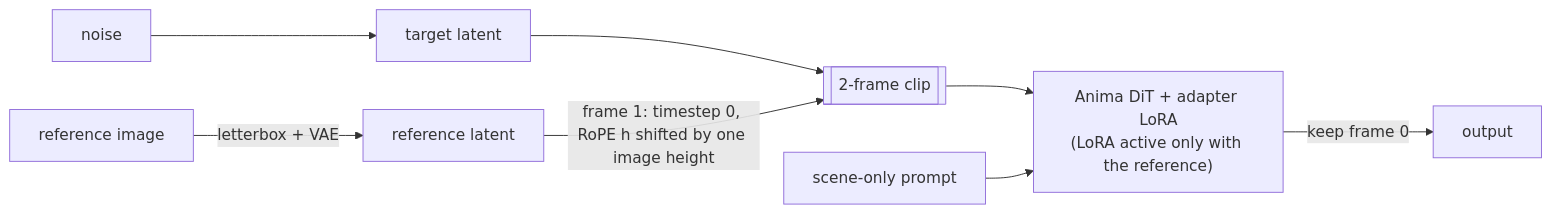
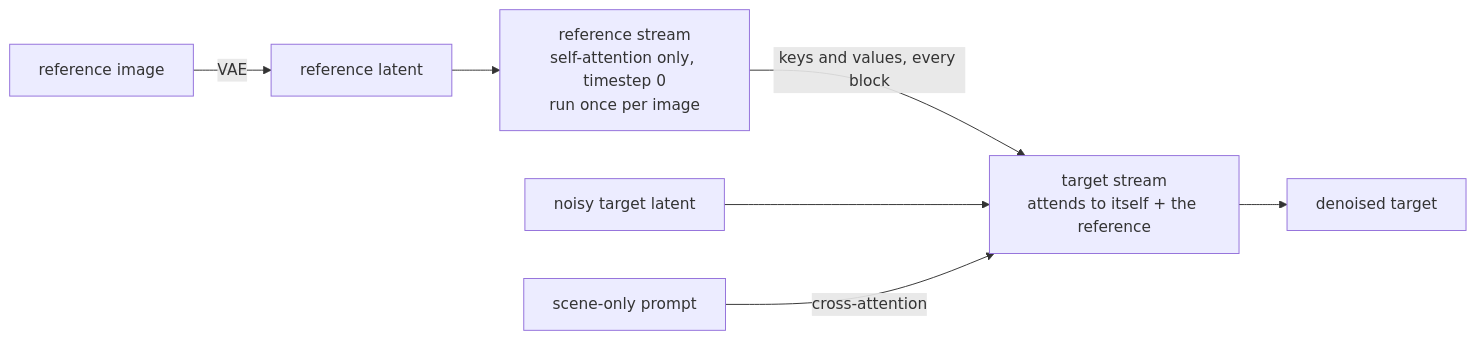
Before and after one commit to ElectronGirl/ComfyUI-Anima-Ref-Adapter: the diagram in README.md, drawn with Mermaid. The commit also changed other lines of this file and 40 other files, not shown here.

````diff
--- a/README.md
+++ b/README.md
@@ -186,10 +144,9 @@
 ```mermaid
 flowchart LR
-    R[reference image] -->|letterbox + VAE| RL[reference latent]
-    N[noise] --> X[target latent]
-    X --> F[[2-frame clip]]
-    RL -->|"frame 1: timestep 0, RoPE h shifted by one image height"| F
-    F --> D["Anima DiT + adapter LoRA<br/>(LoRA active only with the reference)"]
-    P[scene-only prompt] --> D
-    D -->|keep frame 0| O[output]
+    R[reference image] -->|VAE| RL[reference latent]
+    RL --> RS["reference stream<br/>self-attention only, timestep 0<br/>run once per image"]
+    RS -->|"keys and values, every block"| T
+    N[noisy target latent] --> T["target stream<br/>attends to itself + the reference"]
+    P[scene-only prompt] -->|cross-attention| T
+    T --> O[denoised target]
 ```
````
